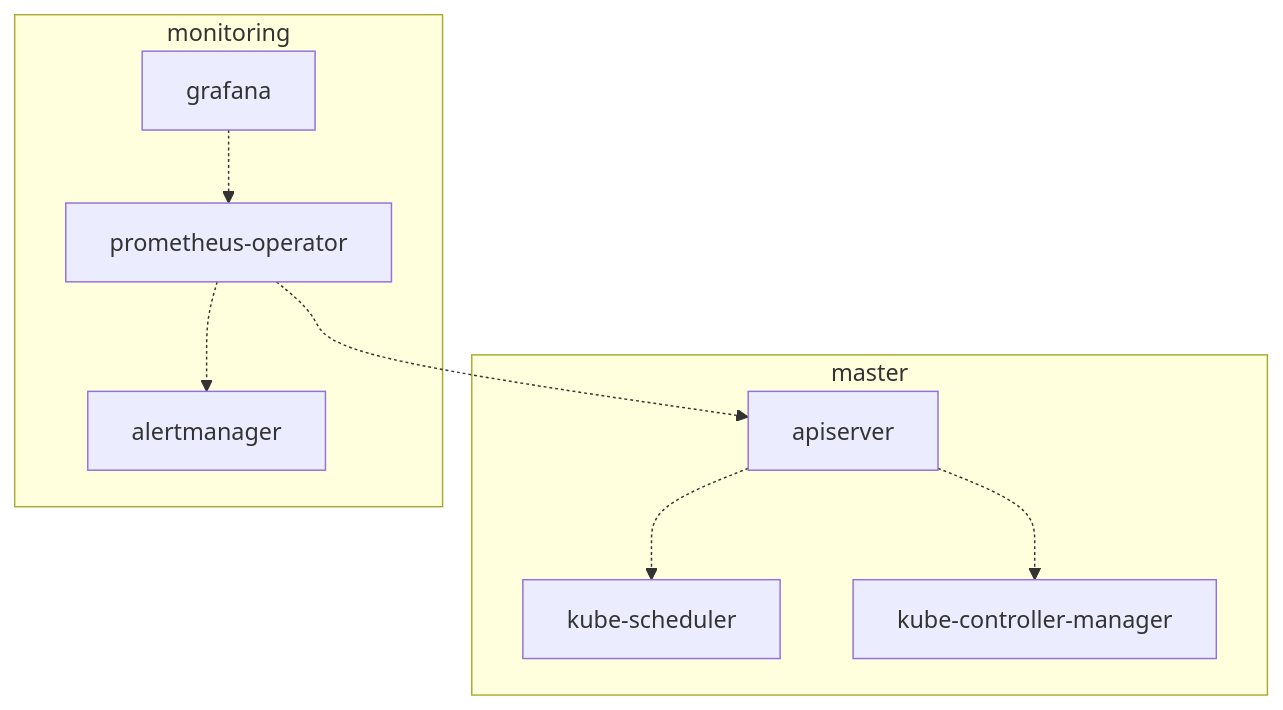
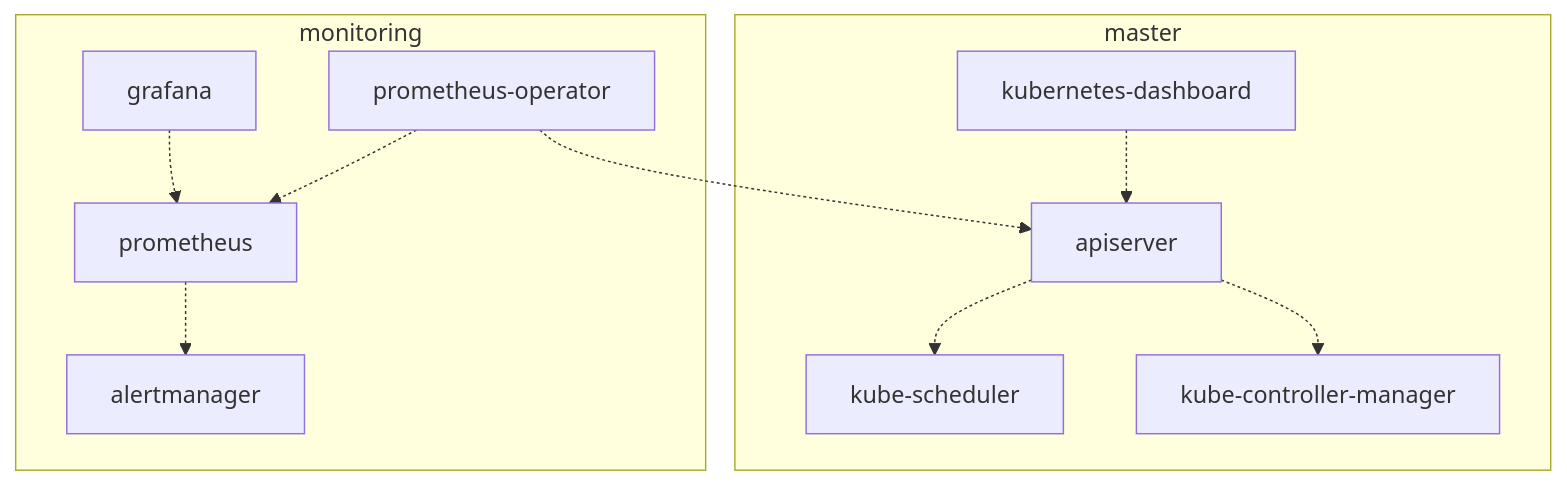
Before and after one commit to AIOS-SH/devoxx-dashboard-as-code: the diagram in dashboards/schema.mermaid, drawn with Mermaid. The commit also changed 1 other file, not shown here.

Commit message:
Updated version of the dashboard.

```diff
--- a/dashboards/schema.mermaid
+++ b/dashboards/schema.mermaid
@@ -1,10 +1,12 @@
 graph TD
   subgraph master
+    kubernetes-dashboard -.-> apiserver
     apiserver -.-> kube-scheduler
     apiserver -.-> kube-controller-manager
   end
   subgraph monitoring
     prometheus-operator -.-> apiserver
-    grafana -.-> prometheus-operator
-    prometheus-operator -.-> alertmanager
+    prometheus-operator -.-> prometheus
+    prometheus -.-> alertmanager
+    grafana -.-> prometheus
   end
```
